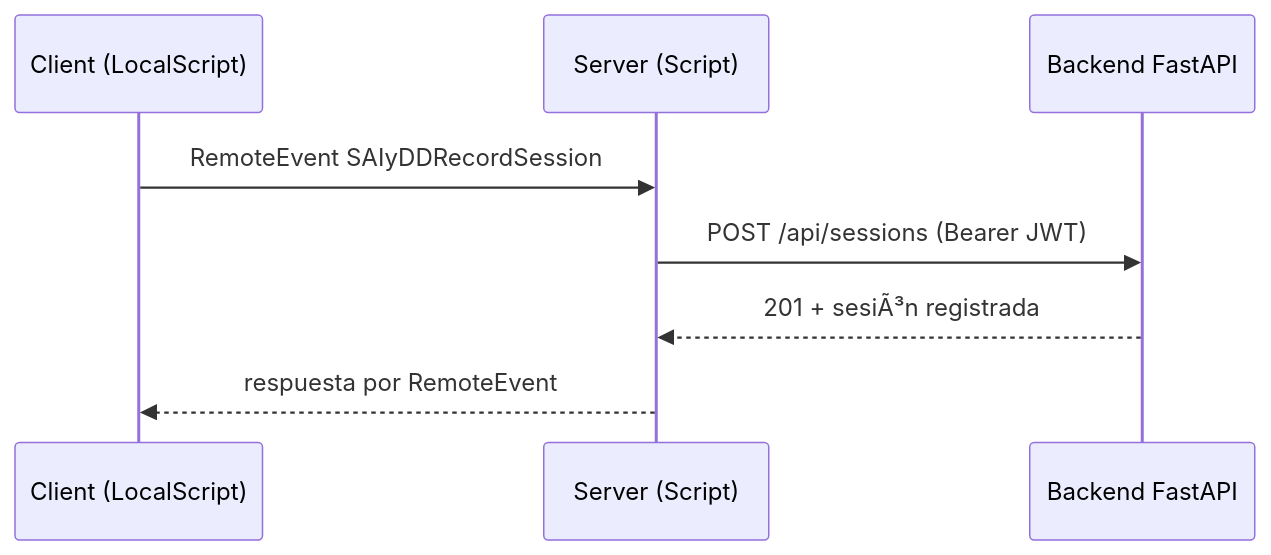
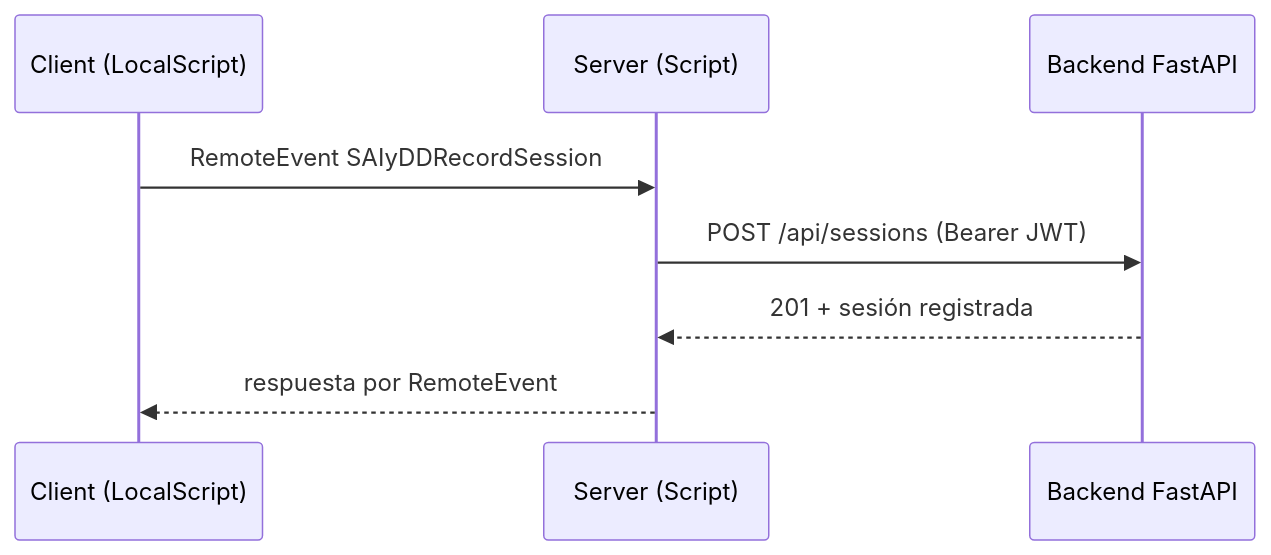
The fourth of 4 diagrams in README.md (gproatechnology/GProA_SAIyDD), drawn with Mermaid before and after one commit. The commit also changed other lines of this file and 2 other files, not shown here.

Commit message:
fix(docs): repair mojibake in README, align roadmap with stage 8 and add root pytest.ini

````diff
--- a/README.md
+++ b/README.md
@@ -207,10 +207,10 @@
 ```mermaid
 sequenceDiagram
     participant C as Client (LocalScript)
     participant S as Server (Script)
     participant B as Backend FastAPI
     C->>S: RemoteEvent SAIyDDRecordSession
     S->>B: POST /api/sessions (Bearer JWT)
-    B-->>S: 201 + sesiÃ³n registrada
+    B-->>S: 201 + sesión registrada
     S-->>C: respuesta por RemoteEvent
 ```
````
